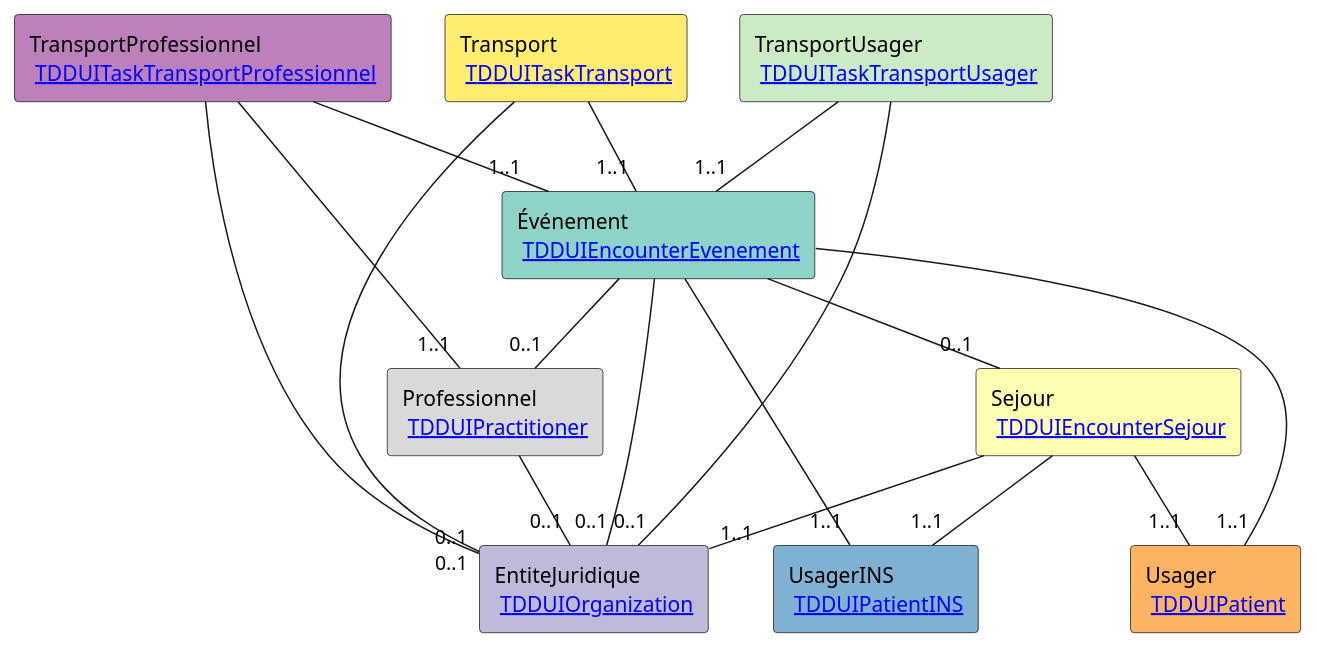
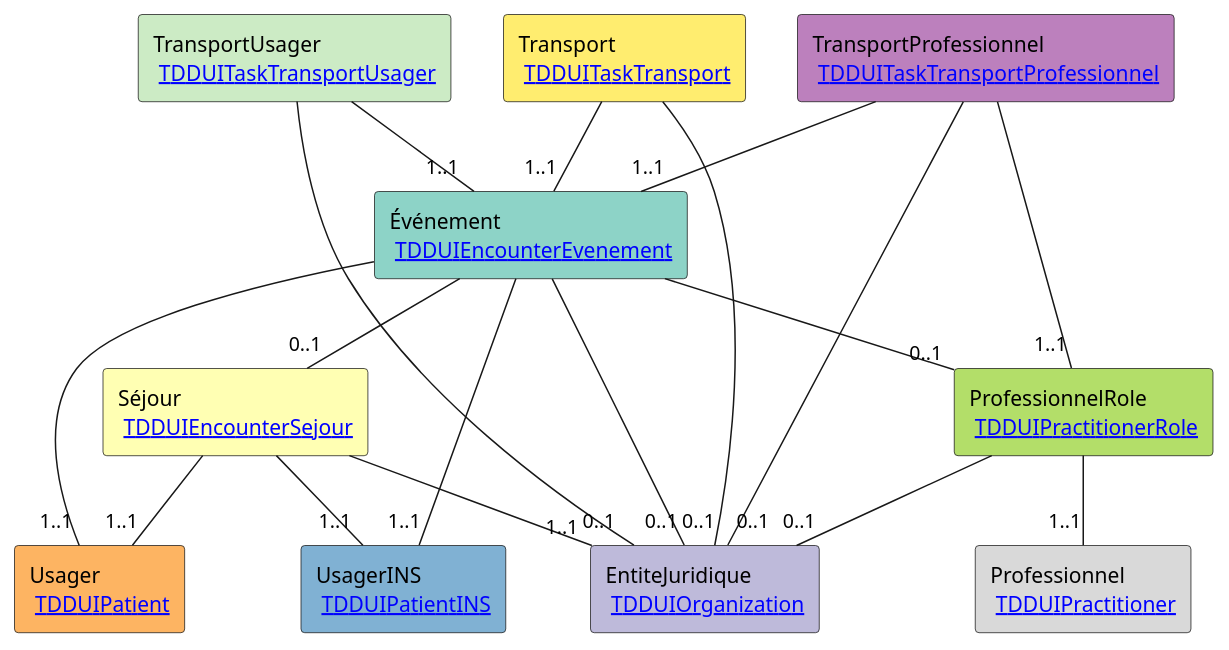
The diagram in input/images-source/mapping_global.plantuml (ansforge/IG-fhir-medicosocial-transfert-donnees-dui), drawn with PlantUML before and after one commit. The commit also changed 9 other files, not shown here.

```diff
--- a/input/images-source/mapping_global.plantuml
+++ b/input/images-source/mapping_global.plantuml
@@ -1,44 +1,39 @@
 @startuml
 
-rectangle "Événement \n [[StructureDefinition-tddui-encounter-evenement.html TDDUIEncounterEvenement]]" as Événement #8dd3c7 
-
-rectangle "Sejour \n [[StructureDefinition-tddui-encounter-sejour.html TDDUIEncounterSejour]]" as Sejour #ffffb3 
-
+rectangle "UsagerINS \n [[StructureDefinition-tddui-patient-ins.html TDDUIPatientINS]]" as UsagerINS #80b1d3 
+rectangle "Usager \n [[StructureDefinition-tddui-patient.html TDDUIPatient]]" as Usager #fdb462 
+rectangle "Professionnel \n [[StructureDefinition-tddui-practitioner.html TDDUIPractitioner]]" as Practitioner #d9d9d9 
+rectangle "ProfessionnelRole \n [[StructureDefinition-tddui-practitioner-role.html TDDUIPractitionerRole]]" as PractitionerRole #b3de69 
 rectangle "EntiteJuridique \n [[StructureDefinition-tddui-organization.html TDDUIOrganization]]" as EntiteJuridique #bebada 
 
-rectangle "UsagerINS \n [[StructureDefinition-tddui-patient-ins.html TDDUIPatientINS]]" as UsagerINS #80b1d3 
+rectangle "Séjour \n [[StructureDefinition-tddui-encounter-sejour.html TDDUIEncounterSejour]]" as Sejour #ffffb3 
+rectangle "Événement \n [[StructureDefinition-tddui-encounter-evenement.html TDDUIEncounterEvenement]]" as Evenement #8dd3c7 
 
-rectangle "Usager \n [[StructureDefinition-tddui-patient.html TDDUIPatient]]" as Usager #fdb462 
-
-rectangle "Professionnel \n [[StructureDefinition-tddui-practitioner-role.html TDDUIPractitionerRole]]" as Professionnel #b3de69 
-
-rectangle "Professionnel \n [[StructureDefinition-tddui-practitioner.html TDDUIPractitioner]]" as Professionnel #d9d9d9 
-
+rectangle "Transport \n [[StructureDefinition-tddui-task-transport.html TDDUITaskTransport]]" as Transport #ffed6f 
+rectangle "TransportUsager \n [[StructureDefinition-tddui-task-transport-usager.html TDDUITaskTransportUsager]]" as TransportUsager #ccebc5 
 rectangle "TransportProfessionnel \n [[StructureDefinition-tddui-task-transport-professionnel.html TDDUITaskTransportProfessionnel]]" as TransportProfessionnel #bc80bd 
 
-rectangle "Transport \n [[StructureDefinition-tddui-task-transport-professionnel.html TDDUITaskTransportProfessionnel]]" as Transport #bc80bd 
+Evenement -- "1..1" Usager
+Evenement -- "1..1" UsagerINS
+Evenement -- "0..1" PractitionerRole
+Evenement -- "0..1" EntiteJuridique
+Evenement -- "0..1" Sejour
 
-rectangle "TransportUsager \n [[StructureDefinition-tddui-task-transport-usager.html TDDUITaskTransportUsager]]" as TransportUsager #ccebc5 
-
-rectangle "Transport \n [[StructureDefinition-tddui-task-transport-usager.html TDDUITaskTransportUsager]]" as Transport #ccebc5 
-
-rectangle "Transport \n [[StructureDefinition-tddui-task-transport.html TDDUITaskTransport]]" as Transport #ffed6f 
-
-Événement -- "1..1" Usager
-Événement -- "1..1" UsagerINS
-Événement -- "0..1" Professionnel
-Événement -- "0..1" EntiteJuridique
-Événement -- "0..1" Sejour
 Sejour -- "1..1" Usager
 Sejour -- "1..1" UsagerINS
 Sejour -- "1..1" EntiteJuridique
-Professionnel -- "0..1" EntiteJuridique
-TransportProfessionnel -- "1..1" Événement
-TransportProfessionnel -- "0..1" EntiteJuridique
-TransportProfessionnel -- "1..1" Professionnel
-Transport -- "1..1" Événement
+
+PractitionerRole -- "0..1" EntiteJuridique
+PractitionerRole -- "1..1" Practitioner
+
+Transport -- "1..1" Evenement
 Transport -- "0..1" EntiteJuridique
-TransportUsager -- "1..1" Événement
+
+TransportUsager -- "1..1" Evenement
 TransportUsager -- "0..1" EntiteJuridique
 
+TransportProfessionnel -- "1..1" Evenement
+TransportProfessionnel -- "0..1" EntiteJuridique
+TransportProfessionnel -- "1..1" PractitionerRole
+
 @enduml
```
